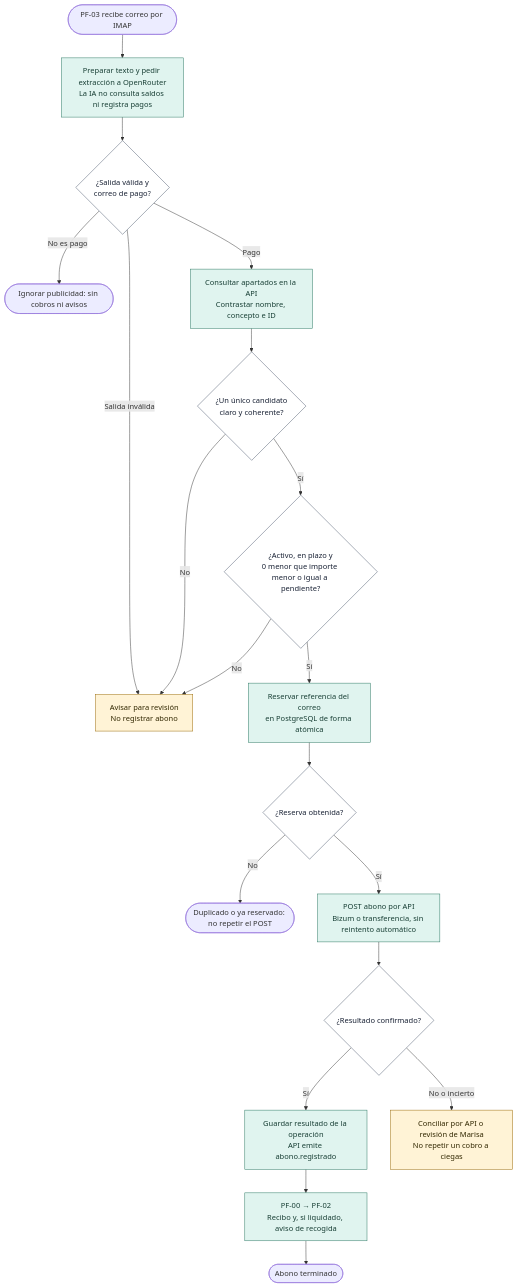
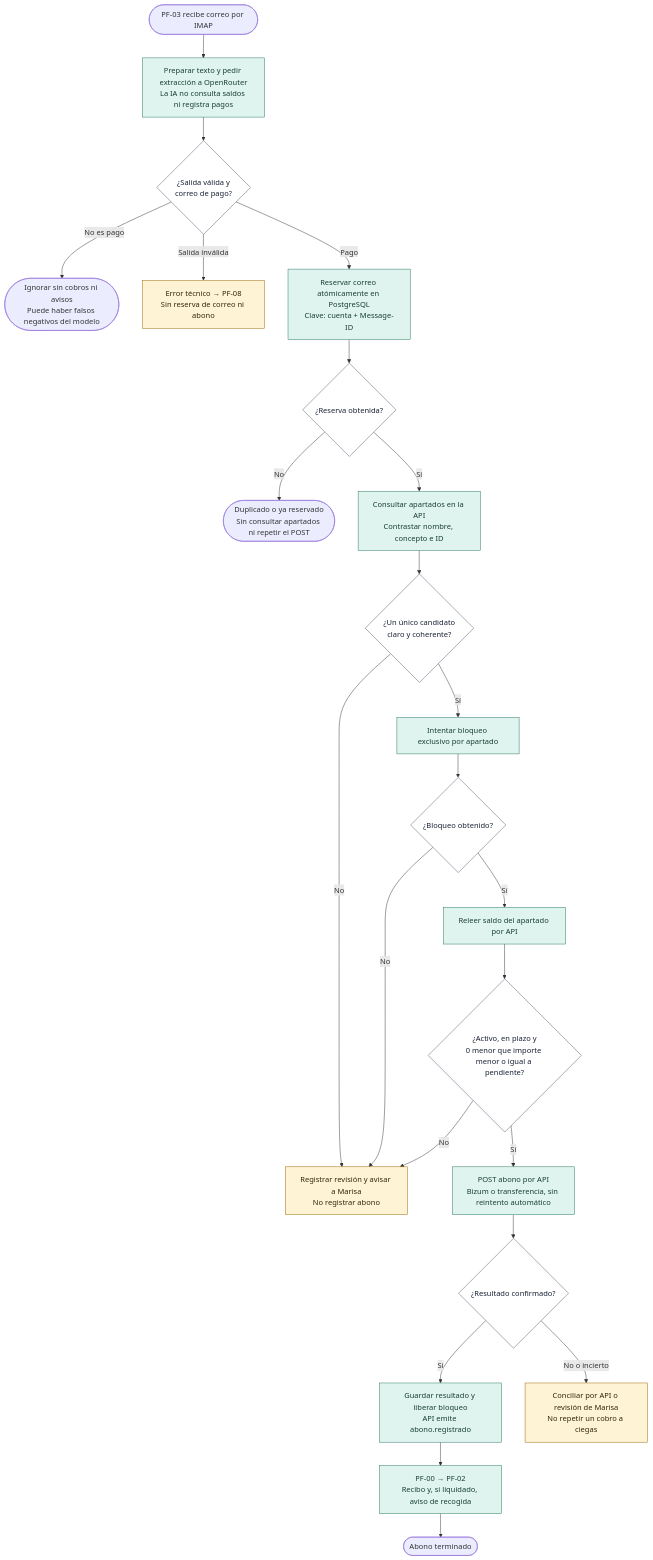
One commit to IA-P1-BCN/LUSOGIRLS-N8N changed the diagram in docs/diagramas/abono-distancia.mmd. Above: the diagram before and after it, drawn with Mermaid. The commit also changed 7 other files, not shown here.

```diff
--- a/docs/diagramas/abono-distancia.mmd
+++ b/docs/diagramas/abono-distancia.mmd
@@ -1,26 +1,30 @@
 flowchart TB
   A([PF-03 recibe correo por IMAP]) --> B[Preparar texto y pedir extracción a OpenRouter<br/>La IA no consulta saldos ni registra pagos]
   B --> C{¿Salida válida y<br/>correo de pago?}
-  C -->|No es pago| D([Ignorar publicidad: sin cobros ni avisos])
-  C -->|Salida inválida| E[Avisar para revisión<br/>No registrar abono]
-  C -->|Pago| F[Consultar apartados en la API<br/>Contrastar nombre, concepto e ID]
+  C -->|No es pago| D([Ignorar sin cobros ni avisos<br/>Puede haber falsos negativos del modelo])
+  C -->|Salida inválida| X[Error técnico → PF-08<br/>Sin reserva de correo ni abono]
+  C -->|Pago| I[Reservar correo atómicamente en PostgreSQL<br/>Clave: cuenta + Message-ID]
+  I --> J{¿Reserva obtenida?}
+  J -->|No| K([Duplicado o ya reservado<br/>Sin consultar apartados ni repetir el POST])
+  J -->|Sí| F[Consultar apartados en la API<br/>Contrastar nombre, concepto e ID]
   F --> G{¿Un único candidato<br/>claro y coherente?}
-  G -->|No| E
-  G -->|Sí| H{¿Activo, en plazo y<br/>0 menor que importe menor o igual a pendiente?}
+  G -->|No| E[Registrar revisión y avisar a Marisa<br/>No registrar abono]
+  G -->|Sí| R[Intentar bloqueo exclusivo por apartado]
+  R --> S{¿Bloqueo obtenido?}
+  S -->|No| E
+  S -->|Sí| T[Releer saldo del apartado por API]
+  T --> H{¿Activo, en plazo y<br/>0 menor que importe menor o igual a pendiente?}
   H -->|No| E
-  H -->|Sí| I[Reservar referencia del correo<br/>en PostgreSQL de forma atómica]
-  I --> J{¿Reserva obtenida?}
-  J -->|No| K([Duplicado o ya reservado: no repetir el POST])
-  J -->|Sí| L[POST abono por API<br/>Bizum o transferencia, sin reintento automático]
+  H -->|Sí| L[POST abono por API<br/>Bizum o transferencia, sin reintento automático]
   L --> M{¿Resultado confirmado?}
-  M -->|Sí| N[Guardar resultado de la operación<br/>API emite abono.registrado]
+  M -->|Sí| N[Guardar resultado y liberar bloqueo<br/>API emite abono.registrado]
   M -->|No o incierto| O[Conciliar por API o revisión de Marisa<br/>No repetir un cobro a ciegas]
   N --> P[PF-00 → PF-02<br/>Recibo y, si liquidado, aviso de recogida]
   P --> Q([Abono terminado])
 
   classDef proceso fill:#e0f4ef,stroke:#26745f,color:#173e34;
   classDef revision fill:#fff3d6,stroke:#986600,color:#312700;
   classDef decision fill:#fff,stroke:#475569,color:#172033;
-  class B,F,I,L,N,P proceso;
-  class E,O revision;
-  class C,G,H,J,M decision;
+  class B,F,I,R,T,L,N,P proceso;
+  class E,O,X revision;
+  class C,G,H,J,S,M decision;
```
